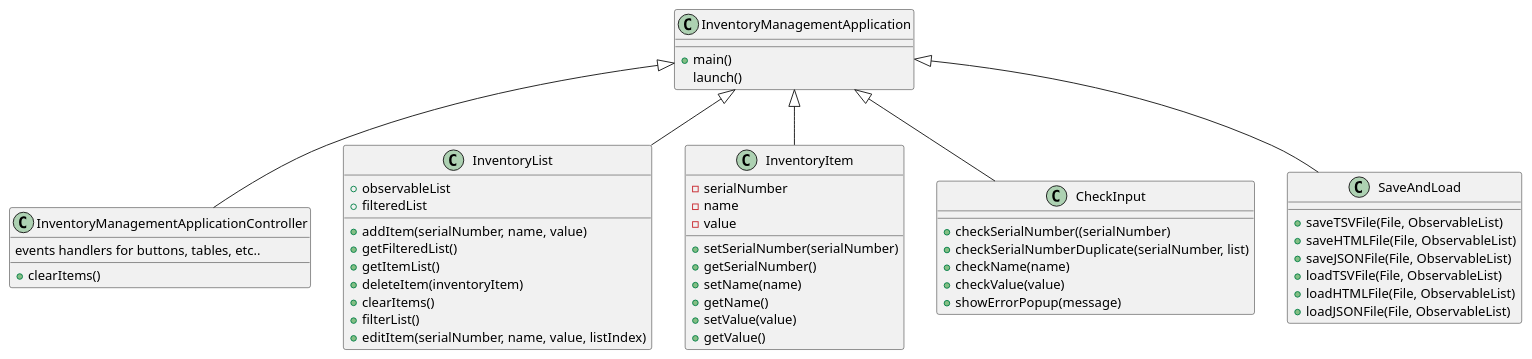
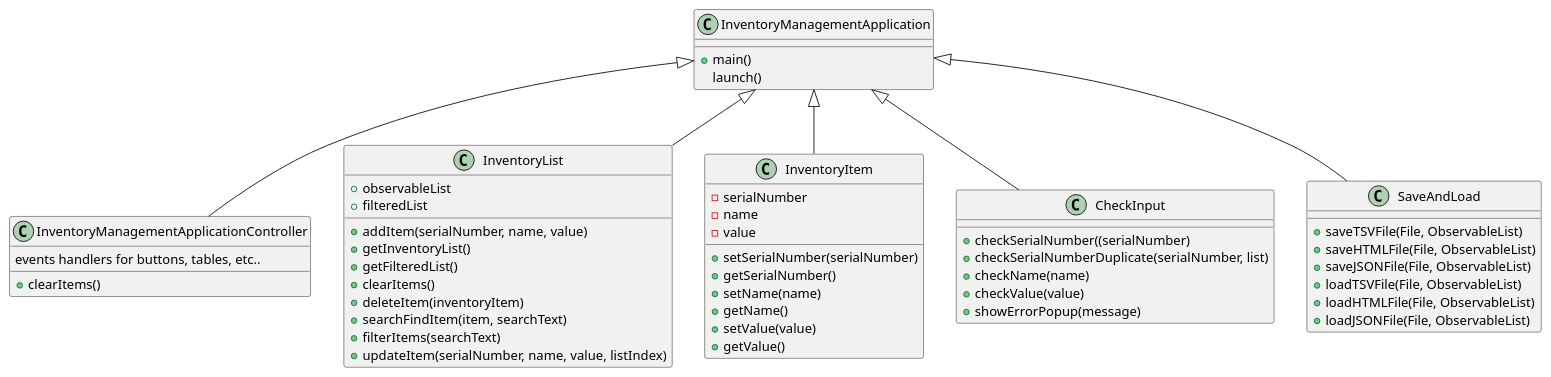
One commit to faziok/fazio-app2 changed the diagram in docs/InventoryManagementApp.puml. Above: the diagram before and after it, drawn with PlantUML. The commit also changed 5 other files, not shown here.

```diff
--- a/docs/InventoryManagementApp.puml
+++ b/docs/InventoryManagementApp.puml
@@ -1,61 +1,62 @@
 @startuml
 class InventoryManagementApplication{
     +main()
         launch()
 }
 
 class InventoryManagementApplicationController{
     events handlers for buttons, tables, etc..
     +clearItems()
 }
 
 class InventoryList{
     +observableList
     +filteredList
 
     +addItem(serialNumber, name, value)
+    +getInventoryList()
     +getFilteredList()
-    +getItemList()
+    +clearItems()
     +deleteItem(inventoryItem)
-    +clearItems()
-    +filterList()
-    +editItem(serialNumber, name, value, listIndex)
+    +searchFindItem(item, searchText)
+    +filterItems(searchText)
+    +updateItem(serialNumber, name, value, listIndex)
 }
 
 class InventoryItem{
     -serialNumber
     -name
     -value
     +setSerialNumber(serialNumber)
     +getSerialNumber()
     +setName(name)
     +getName()
     +setValue(value)
     +getValue()
 }
 
 class CheckInput{
     +checkSerialNumber((serialNumber)
     +checkSerialNumberDuplicate(serialNumber, list)
     +checkName(name)
     +checkValue(value)
     +showErrorPopup(message)
 }
 
 class SaveAndLoad{
     +saveTSVFile(File, ObservableList)
     +saveHTMLFile(File, ObservableList)
     +saveJSONFile(File, ObservableList)
     +loadTSVFile(File, ObservableList)
     +loadHTMLFile(File, ObservableList)
     +loadJSONFile(File, ObservableList)
 }
 
 InventoryManagementApplication <|-- InventoryManagementApplicationController
 InventoryManagementApplication <|-- InventoryItem
 InventoryManagementApplication <|-- InventoryList
 InventoryManagementApplication <|-- CheckInput
 InventoryManagementApplication <|-- SaveAndLoad
 
 
 @enduml
```
